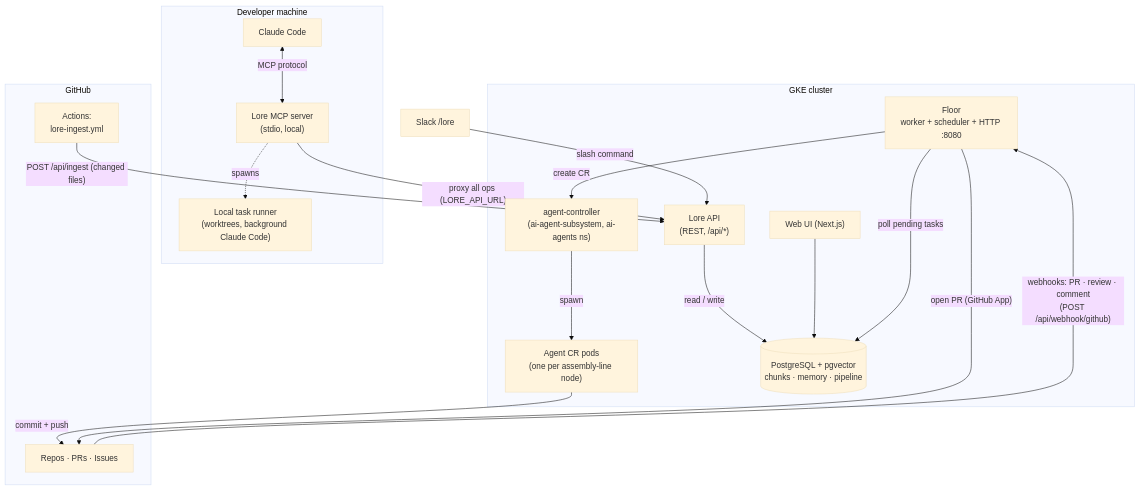
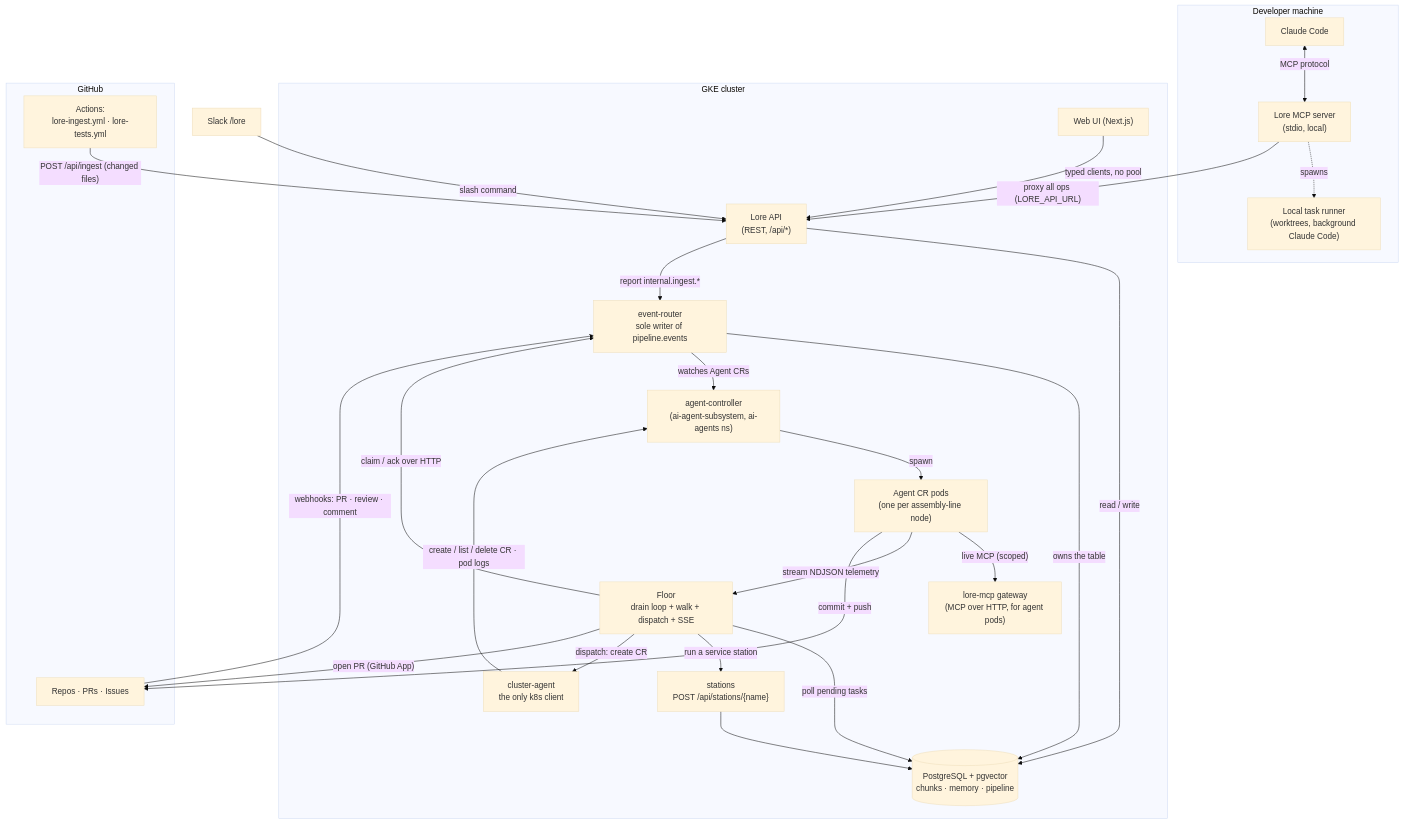
One commit to re-cinq/lore changed the first of 3 diagrams in docs/building-lore/architecture.md. Above: the diagram before and after it, drawn with Mermaid (base theme). The commit also changed other lines of this file and 5 other files, not shown here.

First line of the commit message:
docs: correct the architecture docs for event-router, cluster-agent, and stations

````diff
--- a/docs/building-lore/architecture.md
+++ b/docs/building-lore/architecture.md
@@ -15,38 +17,51 @@
 ```mermaid
 flowchart TB
     subgraph local["Developer machine"]
         CC["Claude Code"]
         MCPL["Lore MCP server<br/>(stdio, local)"]
         LR["Local task runner<br/>(worktrees, background Claude Code)"]
         CC <-->|"MCP protocol"| MCPL
         MCPL -.->|"spawns"| LR
     end
 
     subgraph gke["GKE cluster"]
         MCP["Lore API<br/>(REST, /api/*)"]
-        AGENT["Floor<br/>worker + scheduler + HTTP :8080"]
+        GW["lore-mcp gateway<br/>(MCP over HTTP, for agent pods)"]
+        ER["event-router<br/>sole writer of pipeline.events"]
+        AGENT["Floor<br/>drain loop + walk + dispatch + SSE"]
+        CA["cluster-agent<br/>the only k8s client"]
+        ST["stations<br/>POST /api/stations/{name}"]
         CTRL["agent-controller<br/>(ai-agent-subsystem, ai-agents ns)"]
         POD["Agent CR pods<br/>(one per assembly-line node)"]
         UI["Web UI (Next.js)"]
         DB[("PostgreSQL + pgvector<br/>chunks · memory · pipeline")]
     end
 
     subgraph github["GitHub"]
         GH["Repos · PRs · Issues"]
-        GHA["Actions:<br/>lore-ingest.yml"]
+        GHA["Actions:<br/>lore-ingest.yml · lore-tests.yml"]
     end
 
     SLACK["Slack /lore"]
 
     MCPL -->|"proxy all ops (LORE_API_URL)"| MCP
     GHA -->|"POST /api/ingest (changed files)"| MCP
-    GH -->|"webhooks: PR · review · comment<br/>(POST /api/webhook/github)"| AGENT
+    GH -->|"webhooks: PR · review · comment"| ER
     SLACK -->|"slash command"| MCP
     MCP -->|"read / write"| DB
-    UI --> DB
+    MCP -->|"report internal.ingest.*"| ER
+    UI -->|"typed clients, no pool"| MCP
+    ER -->|"owns the table"| DB
+    ER -->|"watches Agent CRs"| CTRL
+    AGENT -->|"claim / ack over HTTP"| ER
     AGENT -->|"poll pending tasks"| DB
-    AGENT -->|"create CR"| CTRL
+    AGENT -->|"run a service station"| ST
+    ST --> DB
+    AGENT -->|"dispatch: create CR"| CA
+    CA -->|"create / list / delete CR · pod logs"| CTRL
     CTRL -->|"spawn"| POD
+    POD -->|"live MCP (scoped)"| GW
+    POD -->|"stream NDJSON telemetry"| AGENT
     POD -->|"commit + push"| GH
     AGENT -->|"open PR (GitHub App)"| GH
 ```
````
